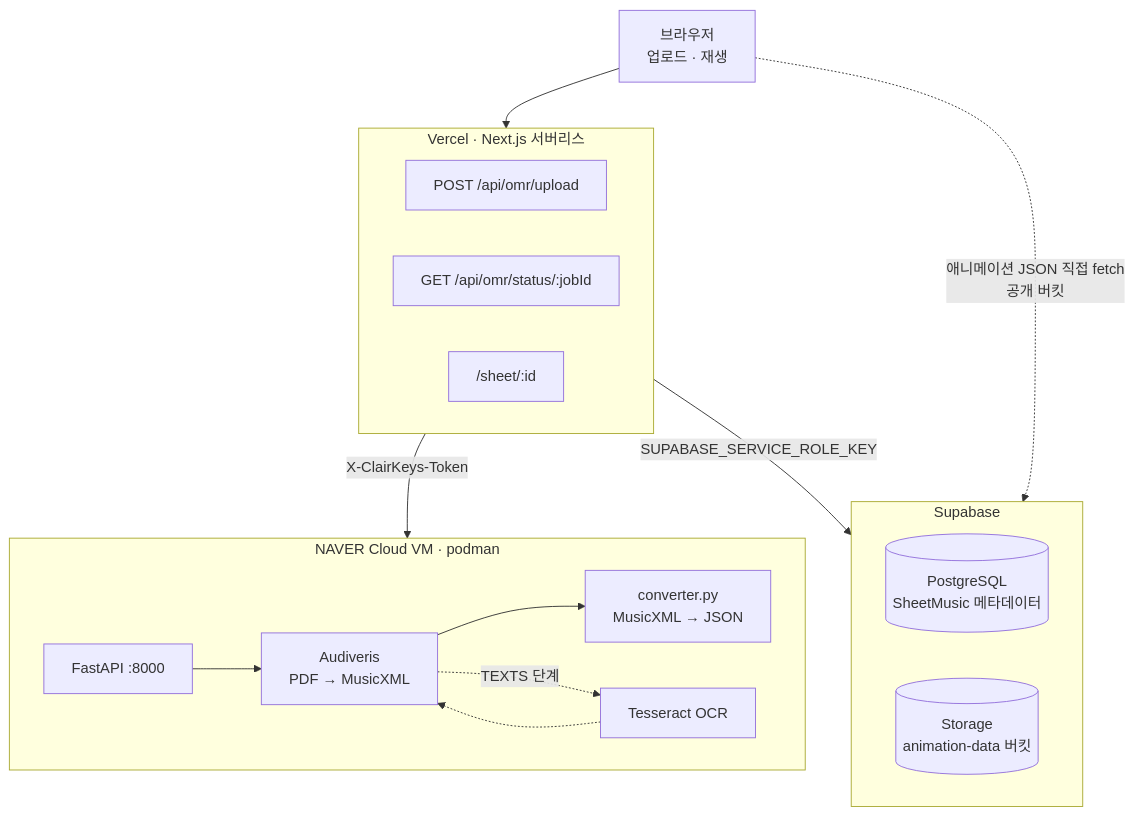
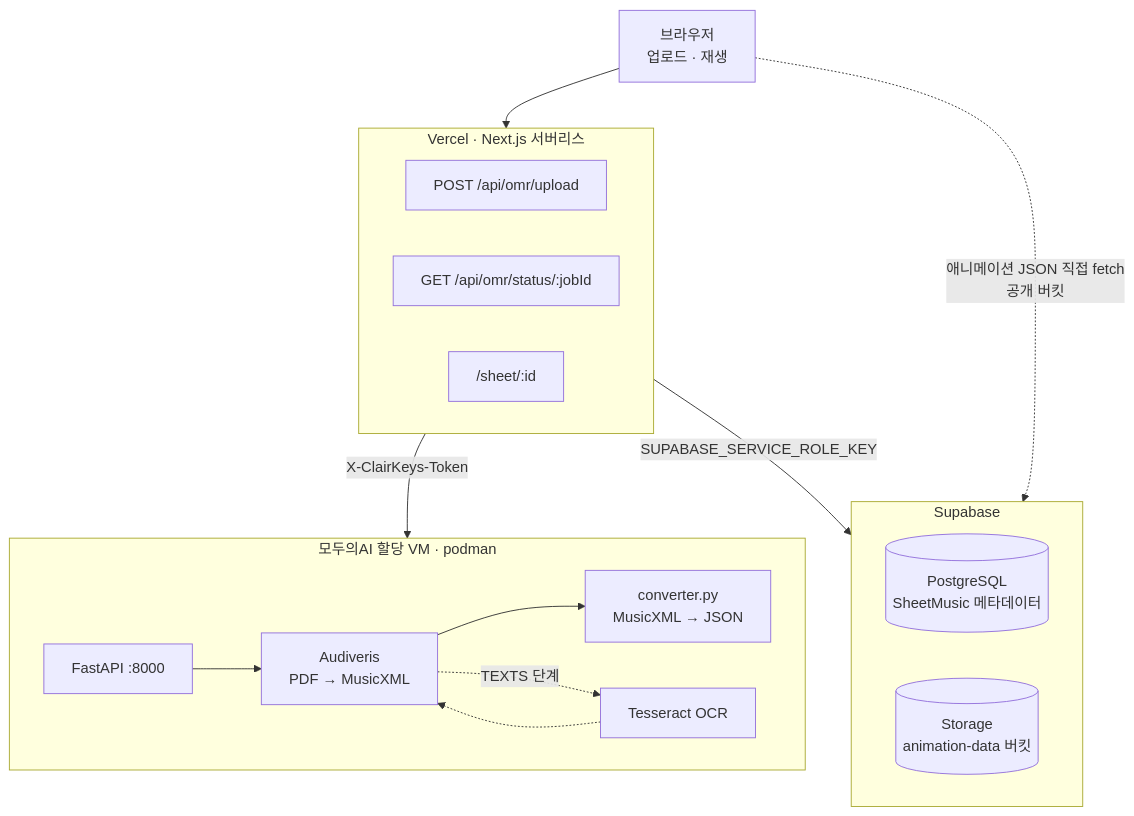
One commit to landfill/ClairKeys changed the first of 3 diagrams in docs/architecture.md. Above: the diagram before and after it, drawn with Mermaid. The commit also changed other lines of this file and 5 other files, not shown here.

````diff
--- a/docs/architecture.md
+++ b/docs/architecture.md
@@ -12,29 +12,29 @@
 ```mermaid
 flowchart TB
   U["브라우저<br/>업로드 · 재생"]
 
   subgraph V["Vercel · Next.js 서버리스"]
     direction LR
     R1["POST /api/omr/upload"]
     R2["GET /api/omr/status/:jobId"]
     R3["/sheet/:id"]
   end
 
-  subgraph M["NAVER Cloud VM · podman"]
+  subgraph M["모두의AI 할당 VM · podman"]
     direction LR
     F["FastAPI :8000"] --> A["Audiveris<br/>PDF → MusicXML"] --> C["converter.py<br/>MusicXML → JSON"]
     A -.->|"TEXTS 단계"| T["Tesseract OCR"]
     T -.-> A
   end
 
   subgraph S["Supabase"]
     direction LR
     DB[("PostgreSQL<br/>SheetMusic 메타데이터")]
     ST[("Storage<br/>animation-data 버킷")]
   end
 
   U --> V
   V -->|"X-ClairKeys-Token"| M
   V -->|"SUPABASE_SERVICE_ROLE_KEY"| S
   U -.->|"애니메이션 JSON 직접 fetch<br/>공개 버킷"| ST
 ```
````
